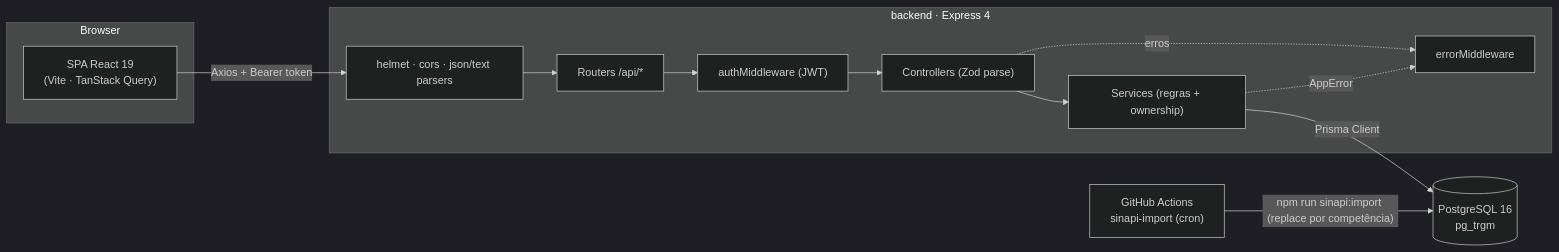
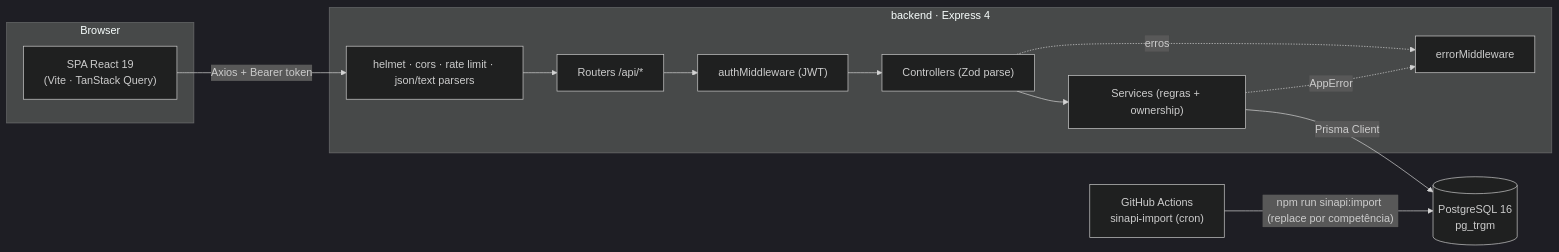
Before and after one commit to FernandoLML/Build-Plan: the first of 5 diagrams in Docs/arquitetura-raio-x.md, drawn with Mermaid (dark theme). The commit also changed other lines of this file and 7 other files, not shown here.

````diff
--- a/Docs/arquitetura-raio-x.md
+++ b/Docs/arquitetura-raio-x.md
@@ -21,21 +23,21 @@
 ```mermaid
 flowchart LR
   subgraph Browser
     SPA["SPA React 19<br/>(Vite · TanStack Query)"]
   end
   subgraph API["backend · Express 4"]
-    MW["helmet · cors · json/text parsers"]
+    MW["helmet · cors · rate limit · json/text parsers"]
     R["Routers /api/*"]
     AUTH["authMiddleware (JWT)"]
     C["Controllers (Zod parse)"]
     S["Services (regras + ownership)"]
     E["errorMiddleware"]
   end
   DB[("PostgreSQL 16<br/>pg_trgm")]
   GH["GitHub Actions<br/>sinapi-import (cron)"]
 
   SPA -- "Axios + Bearer token" --> MW --> R --> AUTH --> C --> S -- Prisma Client --> DB
   C -. erros .-> E
   S -. AppError .-> E
   GH -- "npm run sinapi:import (replace por competência)" --> DB
 ```
````
